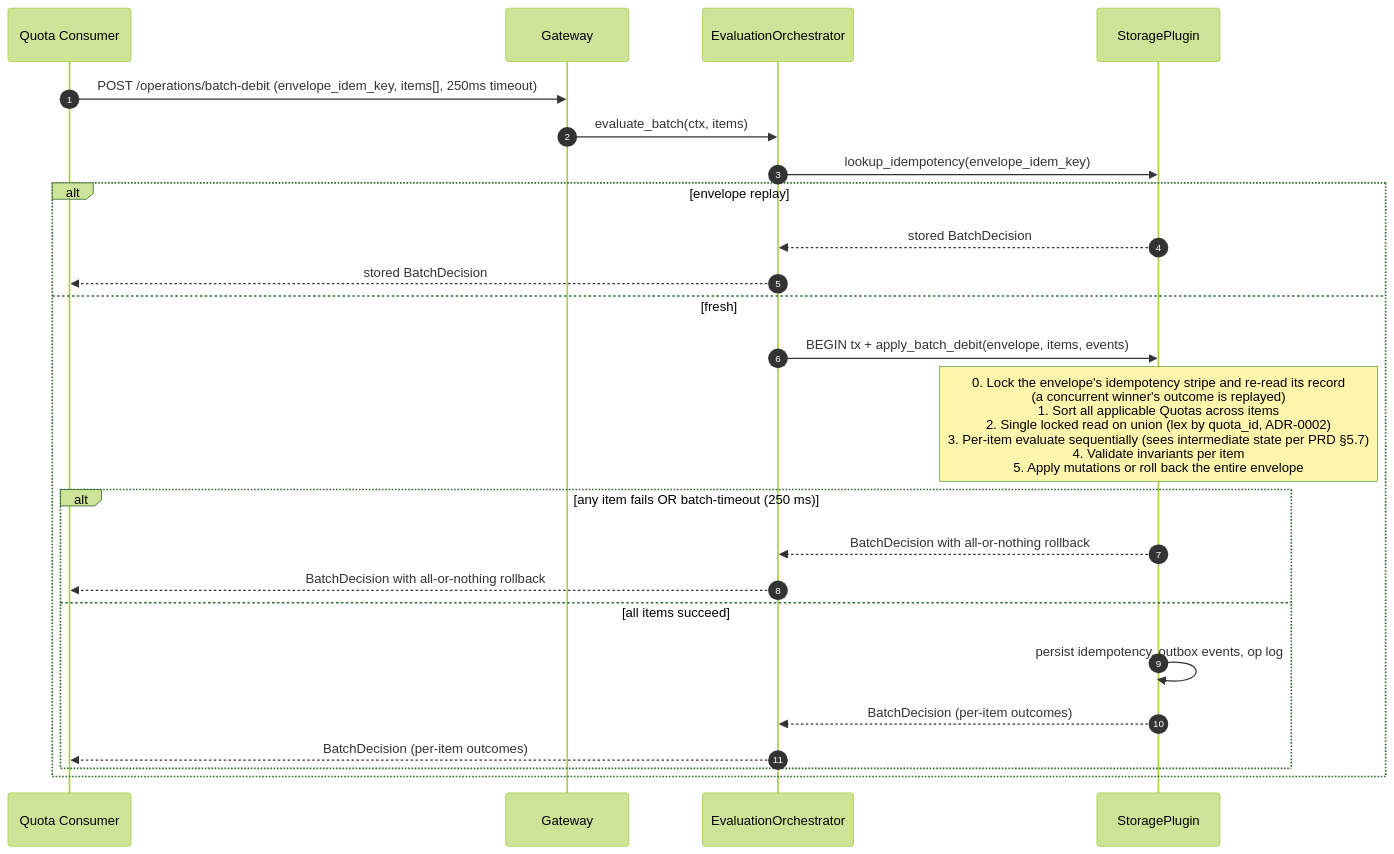
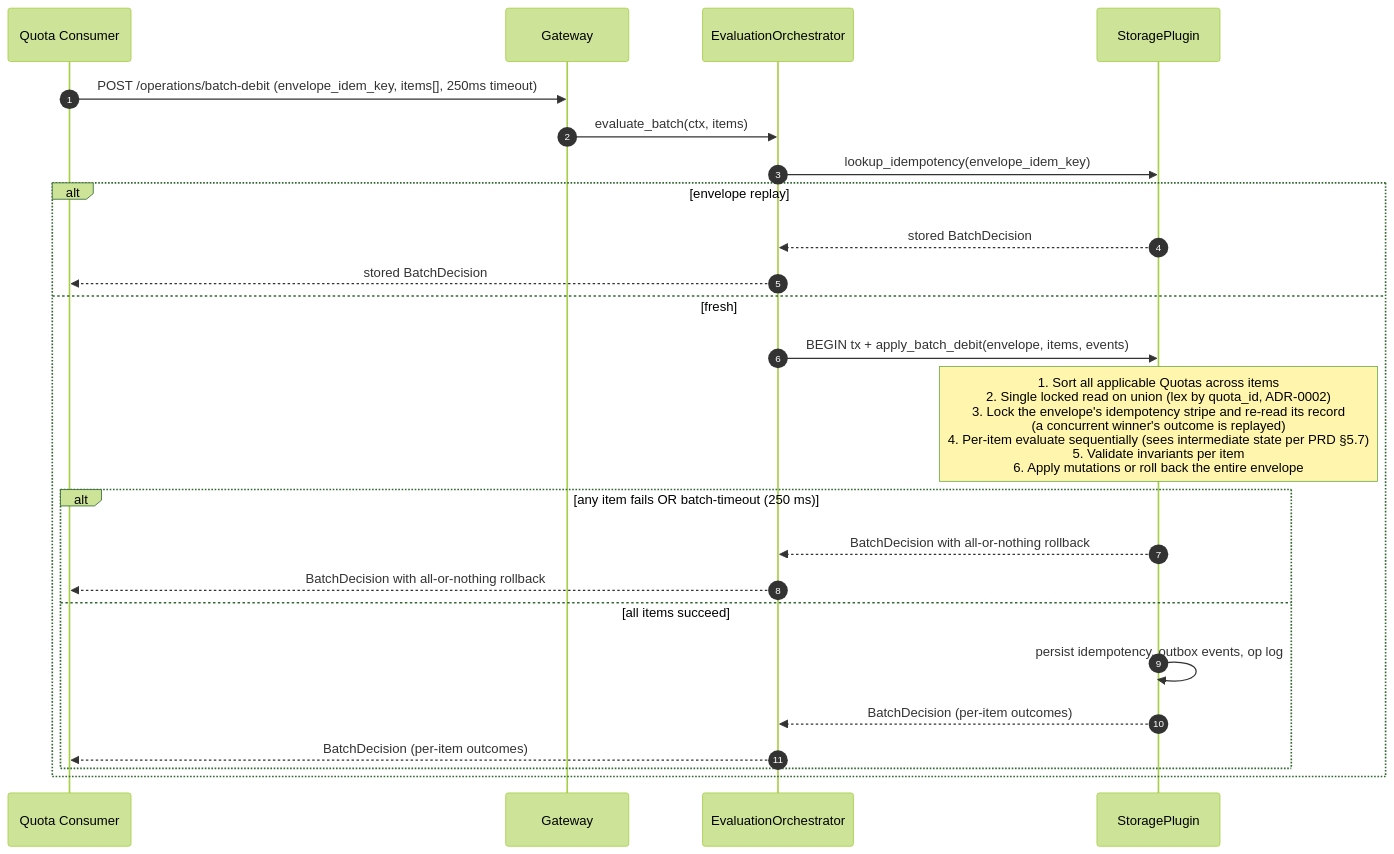
Before and after one commit to MikeFalcon77/gears-rust: the tenth of 17 diagrams in gears/system/quota-enforcement/docs/DESIGN.md, drawn with Mermaid (forest theme). The commit also changed other lines of this file and 7 other files, not shown here.

````diff
--- a/gears/system/quota-enforcement/docs/DESIGN.md
+++ b/gears/system/quota-enforcement/docs/DESIGN.md
@@ -1865,27 +1866,27 @@
 ```mermaid
 sequenceDiagram
     autonumber
     participant Caller as Quota Consumer
     participant GW as Gateway
     participant EO as EvaluationOrchestrator
     participant SP as StoragePlugin
 
     Caller ->> GW: POST /operations/batch-debit (envelope_idem_key, items[], 250ms timeout)
     GW ->> EO: evaluate_batch(ctx, items)
     EO ->> SP: lookup_idempotency(envelope_idem_key)
     alt envelope replay
         SP -->> EO: stored BatchDecision
         EO -->> Caller: stored BatchDecision
     else fresh
         EO ->> SP: BEGIN tx + apply_batch_debit(envelope, items, events)
-        Note over SP: 0. Lock the envelope's idempotency stripe and re-read its record<br/>(a concurrent winner's outcome is replayed)<br/>1. Sort all applicable Quotas across items<br/>2. Single locked read on union (lex by quota_id, ADR-0002)<br/>3. Per-item evaluate sequentially (sees intermediate state per PRD §5.7)<br/>4. Validate invariants per item<br/>5. Apply mutations or roll back the entire envelope
+        Note over SP: 1. Sort all applicable Quotas across items<br/>2. Single locked read on union (lex by quota_id, ADR-0002)<br/>3. Lock the envelope's idempotency stripe and re-read its record<br/>(a concurrent winner's outcome is replayed)<br/>4. Per-item evaluate sequentially (sees intermediate state per PRD §5.7)<br/>5. Validate invariants per item<br/>6. Apply mutations or roll back the entire envelope
         alt any item fails OR batch-timeout (250 ms)
             SP -->> EO: BatchDecision with all-or-nothing rollback
             EO -->> Caller: BatchDecision with all-or-nothing rollback
         else all items succeed
             SP ->> SP: persist idempotency, outbox events, op log
             SP -->> EO: BatchDecision (per-item outcomes)
             EO -->> Caller: BatchDecision (per-item outcomes)
         end
     end
 ```
````
